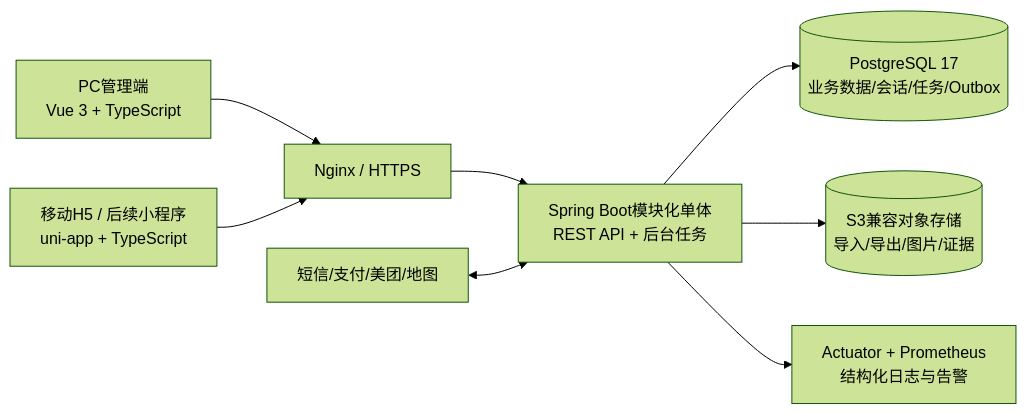
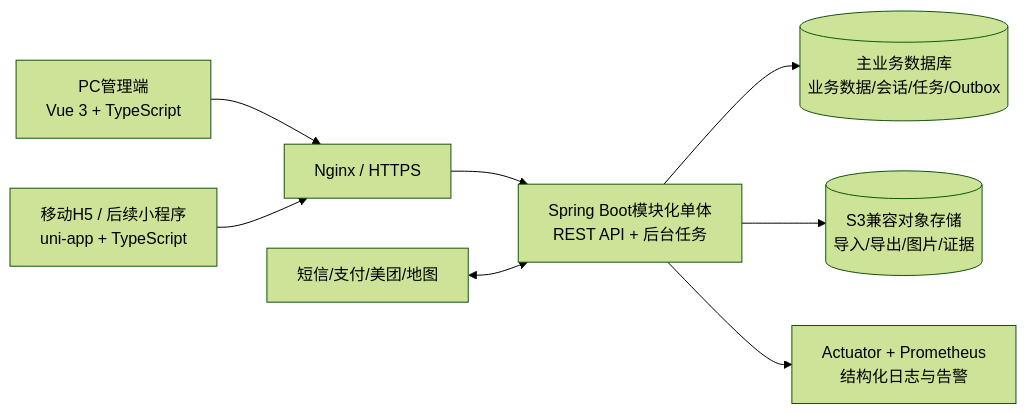
The diagram in plan/技术实施计划.md (Iridescent70/yuezhijian), drawn with Mermaid (forest theme) before and after one commit. The commit also changed other lines of this file and 86 other files, not shown here.

````diff
--- a/plan/技术实施计划.md
+++ b/plan/技术实施计划.md
@@ -62,15 +73,15 @@
 ```mermaid
 flowchart LR
     ADMIN[PC管理端\nVue 3 + TypeScript]
     MOBILE[移动H5 / 后续小程序\nuni-app + TypeScript]
     THIRD[短信/支付/美团/地图]
 
     ADMIN --> NGINX[Nginx / HTTPS]
     MOBILE --> NGINX
     NGINX --> API[Spring Boot模块化单体\nREST API + 后台任务]
     THIRD <--> API
 
-    API --> PG[(PostgreSQL 17\n业务数据/会话/任务/Outbox)]
+    API --> DB[(主业务数据库\n业务数据/会话/任务/Outbox)]
     API --> OBJ[(S3兼容对象存储\n导入/导出/图片/证据)]
     API --> OBS[Actuator + Prometheus\n结构化日志与告警]
 ```
````
